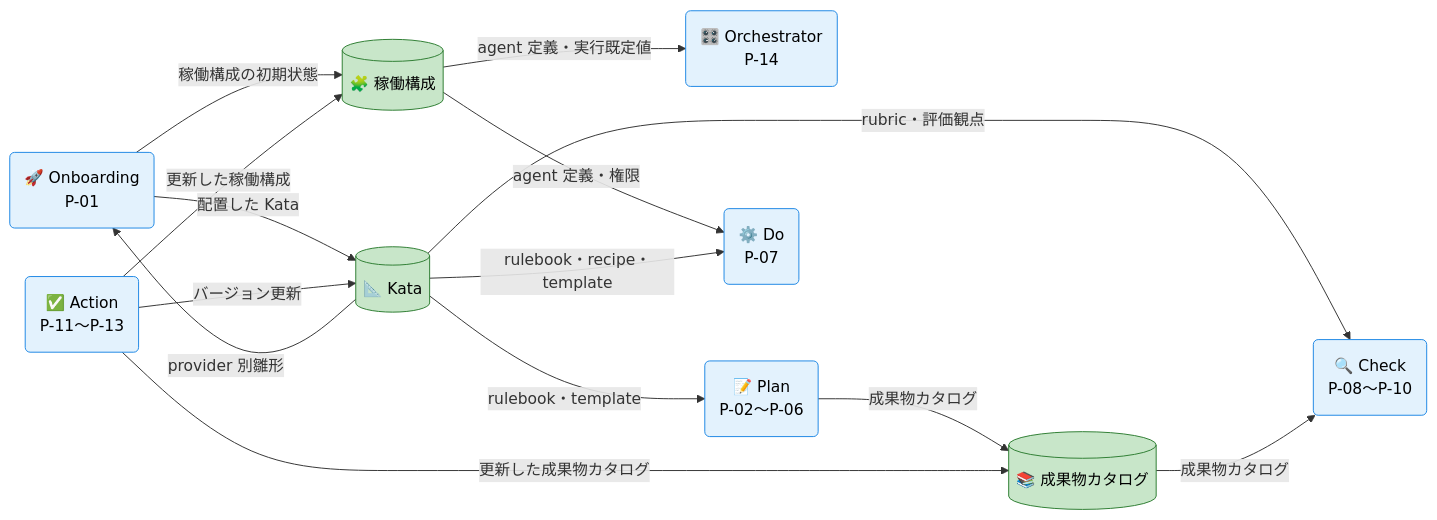
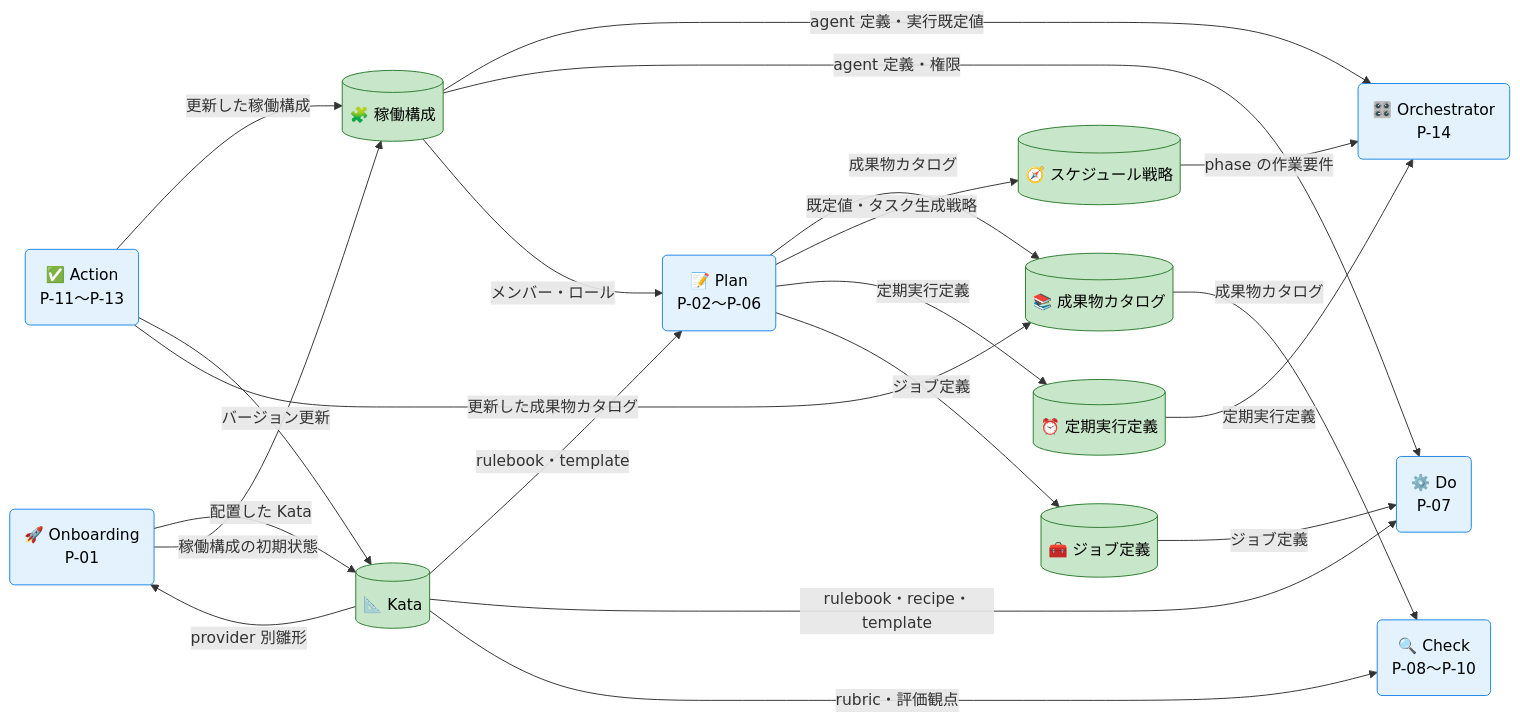
The second of 3 diagrams in docs/ja/product/010-business-specs/010-data-flow/cdfd-overview.md (specdojo/spec-dojo-handbook), drawn with Mermaid before and after one commit. The commit also changed other lines of this file, not shown here.

First line of the commit message:
docs(cdfd-overview): データストアをマスタ・構成／トランザクションに再分類し図と統一する

````diff
--- a/docs/ja/product/010-business-specs/010-data-flow/cdfd-overview.md
+++ b/docs/ja/product/010-business-specs/010-data-flow/cdfd-overview.md
@@ -196,34 +196,44 @@
 ```mermaid
 flowchart LR
   classDef process fill:#e3f2fd,stroke:#1e88e5,color:#000
   classDef storeMaster fill:#c8e6c9,stroke:#2e7d32,color:#000
 
   Onboarding("🚀 Onboarding<br>P-01")
   Kata[("📐 Kata")]
   Config[("🧩 稼働構成")]
   Catalog[("📚 成果物カタログ")]
+  Strategy[("🧭 スケジュール戦略")]
+  Routine[("⏰ 定期実行定義")]
+  Job[("🧰 ジョブ定義")]
   Orchestrator("🎛️ Orchestrator<br>P-14")
   Plan("📝 Plan<br>P-02〜P-06")
   Do("⚙️ Do<br>P-07")
   Check("🔍 Check<br>P-08〜P-10")
   Action("✅ Action<br>P-11〜P-13")
 
   Kata -->|"provider 別雛形"| Onboarding
   Onboarding -->|"配置した Kata"| Kata
   Onboarding -->|"稼働構成の初期状態"| Config
 
   Config -->|"agent 定義・実行既定値"| Orchestrator
   Config -->|"agent 定義・権限"| Do
+  Config -->|"メンバー・ロール"| Plan
   Kata -->|"rulebook・template"| Plan
   Kata -->|"rulebook・recipe・template"| Do
   Kata -->|"rubric・評価観点"| Check
   Plan -->|"成果物カタログ"| Catalog
   Catalog -->|"成果物カタログ"| Check
+  Plan -->|"既定値・タスク生成戦略"| Strategy
+  Strategy -->|"phase の作業要件"| Orchestrator
+  Plan -->|"定期実行定義"| Routine
+  Plan -->|"ジョブ定義"| Job
+  Routine -->|"定期実行定義"| Orchestrator
+  Job -->|"ジョブ定義"| Do
 
   Action -->|"更新した稼働構成"| Config
   Action -->|"バージョン更新"| Kata
   Action -->|"更新した成果物カタログ"| Catalog
 
   class Onboarding,Orchestrator,Plan,Do,Check,Action process
-  class Kata,Config,Catalog storeMaster
+  class Kata,Config,Catalog,Strategy,Routine,Job storeMaster
 ```
````
